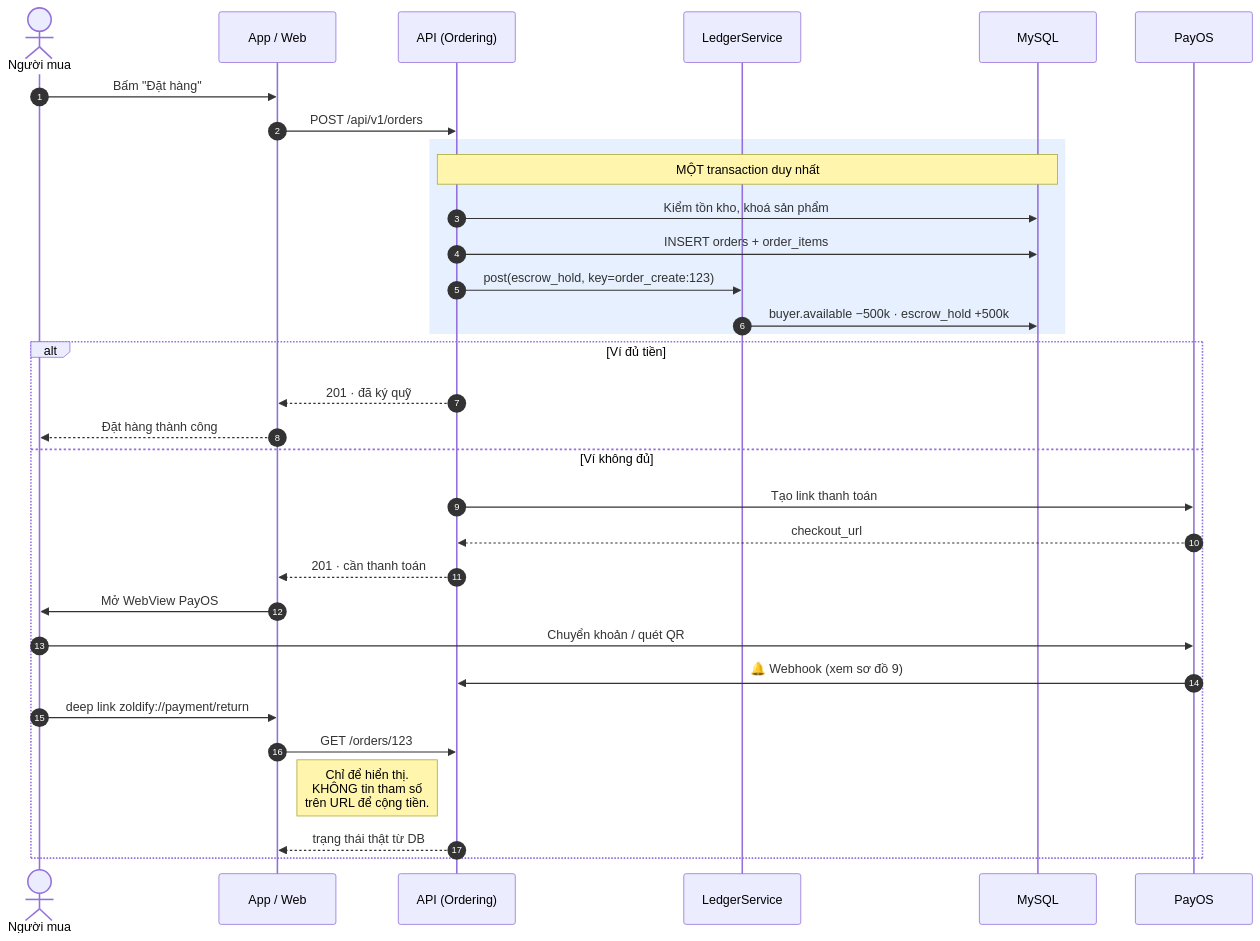
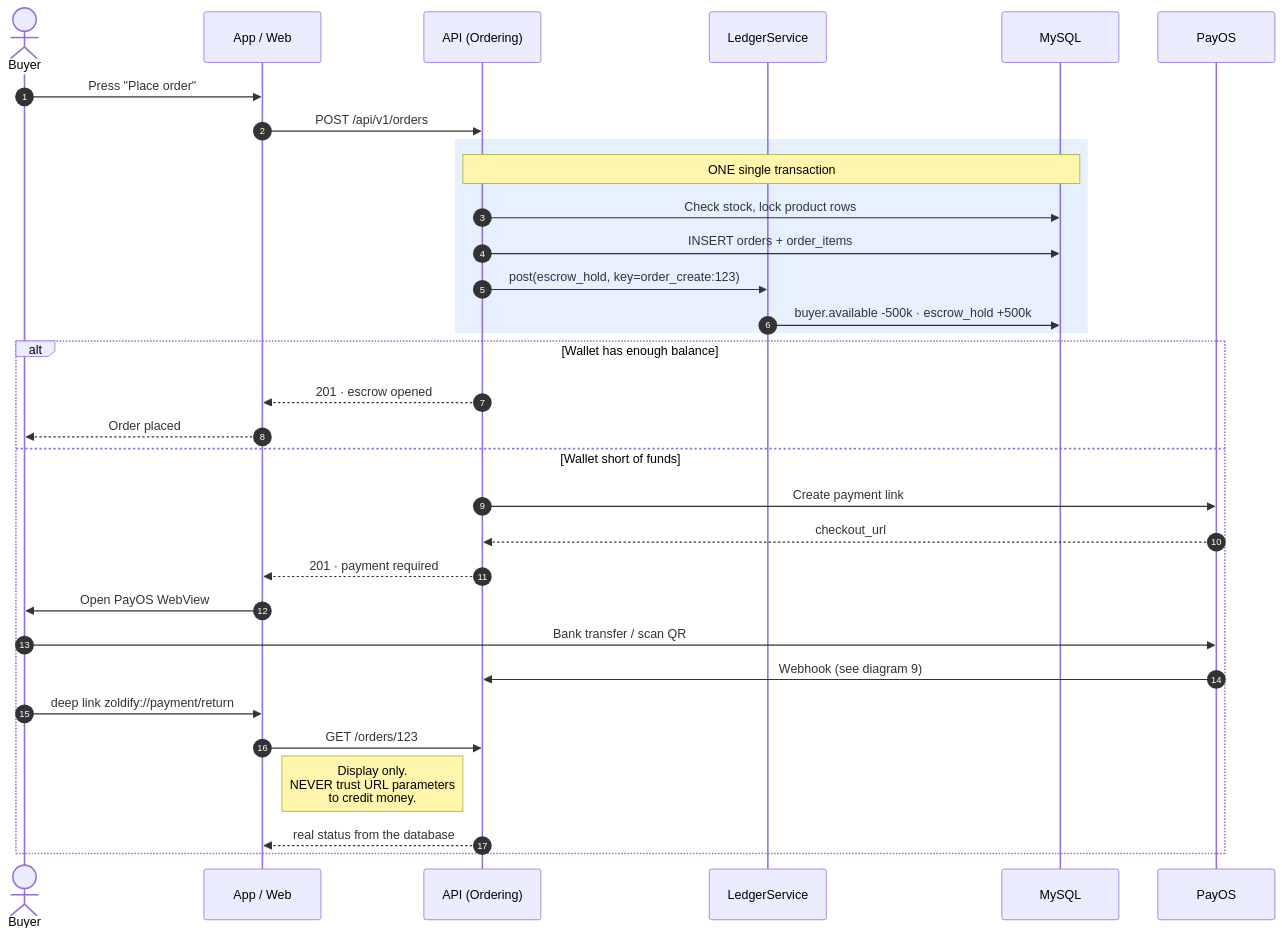
Before and after one commit to tdat-dev/Zoldify_Backend: the ninth of 18 diagrams in docs/system-design/2026-08-06-zoldify-diagrams.md, drawn with Mermaid. The commit also changed other lines of this file, not shown here.

````diff
--- a/docs/system-design/2026-08-06-zoldify-diagrams.md
+++ b/docs/system-design/2026-08-06-zoldify-diagrams.md
@@ -431,37 +443,37 @@
 ```mermaid
 sequenceDiagram
     autonumber
-    actor B as Người mua
+    actor B as Buyer
     participant APP as App / Web
     participant API as API (Ordering)
     participant L as LedgerService
     participant DB as MySQL
     participant P as PayOS
 
-    B->>APP: Bấm "Đặt hàng"
+    B->>APP: Press "Place order"
     APP->>API: POST /api/v1/orders
 
     rect rgb(230, 240, 255)
-        note over API,DB: MỘT transaction duy nhất
-        API->>DB: Kiểm tồn kho, khoá sản phẩm
+        note over API,DB: ONE single transaction
+        API->>DB: Check stock, lock product rows
         API->>DB: INSERT orders + order_items
         API->>L: post(escrow_hold, key=order_create:123)
-        L->>DB: buyer.available −500k · escrow_hold +500k
+        L->>DB: buyer.available -500k · escrow_hold +500k
     end
 
-    alt Ví đủ tiền
-        API-->>APP: 201 · đã ký quỹ
-        APP-->>B: Đặt hàng thành công
-    else Ví không đủ
-        API->>P: Tạo link thanh toán
+    alt Wallet has enough balance
+        API-->>APP: 201 · escrow opened
+        APP-->>B: Order placed
+    else Wallet short of funds
+        API->>P: Create payment link
         P-->>API: checkout_url
-        API-->>APP: 201 · cần thanh toán
-        APP->>B: Mở WebView PayOS
-        B->>P: Chuyển khoản / quét QR
-        P->>API: 🔔 Webhook (xem sơ đồ 9)
+        API-->>APP: 201 · payment required
+        APP->>B: Open PayOS WebView
+        B->>P: Bank transfer / scan QR
+        P->>API: Webhook (see diagram 9)
         B->>APP: deep link zoldify://payment/return
         APP->>API: GET /orders/123
-        note right of APP: Chỉ để hiển thị.<br/>KHÔNG tin tham số<br/>trên URL để cộng tiền.
-        API-->>APP: trạng thái thật từ DB
+        note right of APP: Display only.<br/>NEVER trust URL parameters<br/>to credit money.
+        API-->>APP: real status from the database
     end
 ```
````
